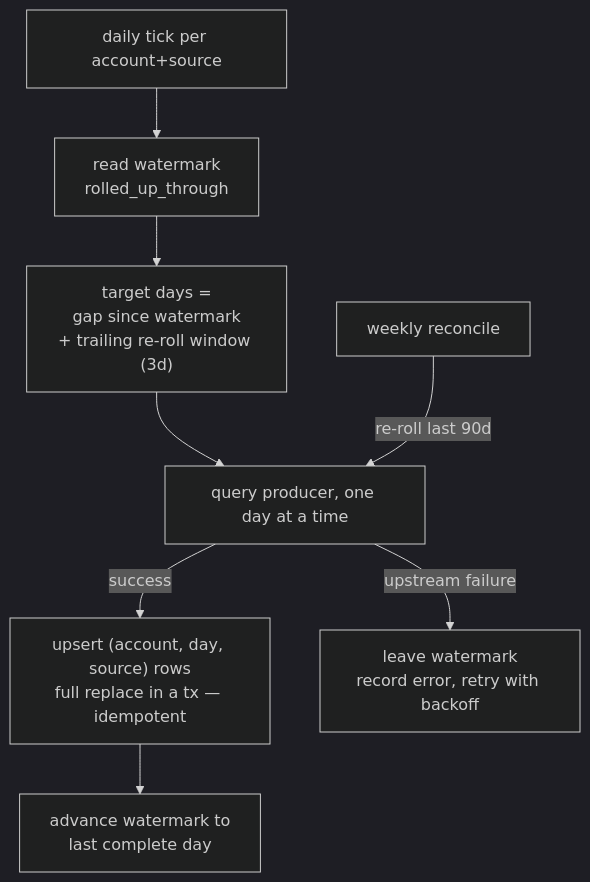
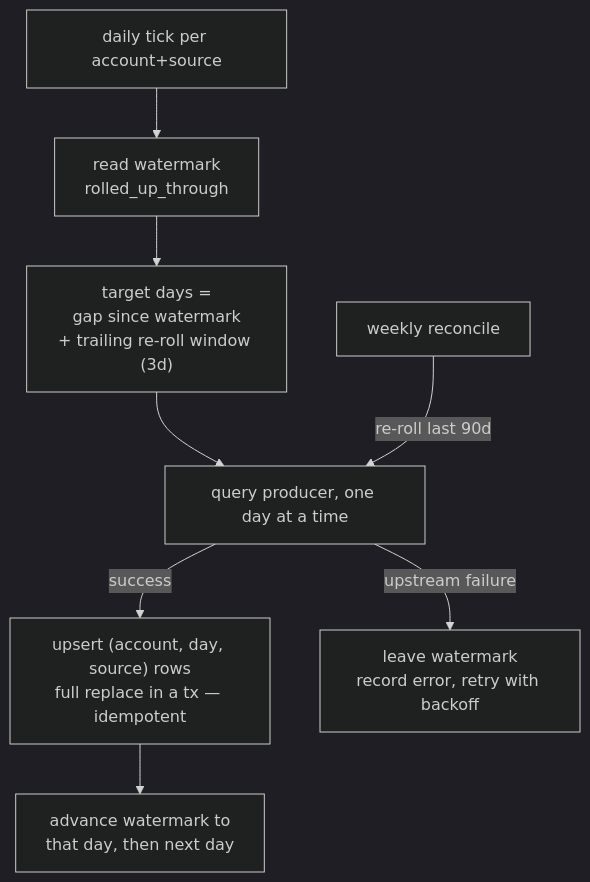
Before and after one commit to astropods/astro-cli: the second of 4 diagrams in docs/01-spec/insights-rollup-spec.md, drawn with Mermaid (dark theme). The commit also changed other lines of this file and 5 other files, not shown here.

````diff
--- a/docs/01-spec/insights-rollup-spec.md
+++ b/docs/01-spec/insights-rollup-spec.md
@@ -194,13 +194,13 @@
 ```mermaid
 flowchart TD
   T["daily tick per account+source"] --> W["read watermark<br/>rolled_up_through"]
   W --> R["target days =<br/>gap since watermark<br/>+ trailing re-roll window (3d)"]
   R --> Q["query producer, one day at a time"]
 
   Q -->|"success"| U["upsert (account, day, source) rows<br/>full replace in a tx — idempotent"]
-  U --> ADV["advance watermark to<br/>last complete day"]
+  U --> ADV["advance watermark to<br/>that day, then next day"]
 
   Q -->|"upstream failure"| HOLD["leave watermark<br/>record error, retry with backoff"]
 
   REC["weekly reconcile"] -->|"re-roll last 90d"| Q
 ```
````
